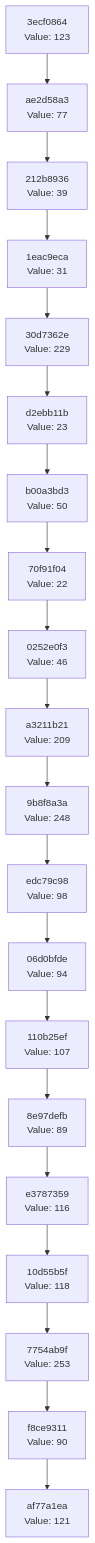
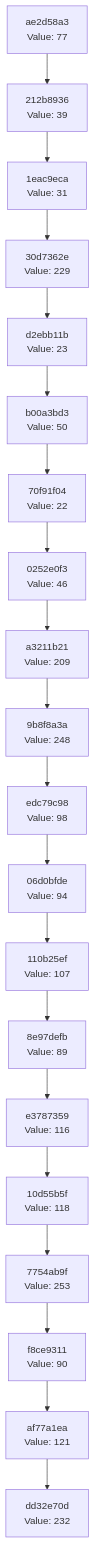
Before and after one commit to Abhisheksinha1506/hash-chain-evolver: the diagram in docs/CHAIN_VISUALIZATION.md, drawn with Mermaid. The commit also changed 3 other files, not shown here.

````diff
--- a/docs/CHAIN_VISUALIZATION.md
+++ b/docs/CHAIN_VISUALIZATION.md
@@ -3,42 +3,42 @@
 ```mermaid
 graph TD
-    C0["af77a1ea<br/>Value: 121"]
-    C1["f8ce9311<br/>Value: 90"]
+    C0["dd32e70d<br/>Value: 232"]
+    C1["af77a1ea<br/>Value: 121"]
     C1 --> C0
-    C2["7754ab9f<br/>Value: 253"]
+    C2["f8ce9311<br/>Value: 90"]
     C2 --> C1
-    C3["10d55b5f<br/>Value: 118"]
+    C3["7754ab9f<br/>Value: 253"]
     C3 --> C2
-    C4["e3787359<br/>Value: 116"]
+    C4["10d55b5f<br/>Value: 118"]
     C4 --> C3
-    C5["8e97defb<br/>Value: 89"]
+    C5["e3787359<br/>Value: 116"]
     C5 --> C4
-    C6["110b25ef<br/>Value: 107"]
+    C6["8e97defb<br/>Value: 89"]
     C6 --> C5
-    C7["06d0bfde<br/>Value: 94"]
+    C7["110b25ef<br/>Value: 107"]
     C7 --> C6
-    C8["edc79c98<br/>Value: 98"]
+    C8["06d0bfde<br/>Value: 94"]
     C8 --> C7
-    C9["9b8f8a3a<br/>Value: 248"]
+    C9["edc79c98<br/>Value: 98"]
     C9 --> C8
-    C10["a3211b21<br/>Value: 209"]
+    C10["9b8f8a3a<br/>Value: 248"]
     C10 --> C9
-    C11["0252e0f3<br/>Value: 46"]
+    C11["a3211b21<br/>Value: 209"]
     C11 --> C10
-    C12["70f91f04<br/>Value: 22"]
+    C12["0252e0f3<br/>Value: 46"]
     C12 --> C11
-    C13["b00a3bd3<br/>Value: 50"]
+    C13["70f91f04<br/>Value: 22"]
     C13 --> C12
-    C14["d2ebb11b<br/>Value: 23"]
+    C14["b00a3bd3<br/>Value: 50"]
     C14 --> C13
-    C15["30d7362e<br/>Value: 229"]
+    C15["d2ebb11b<br/>Value: 23"]
     C15 --> C14
-    C16["1eac9eca<br/>Value: 31"]
+    C16["30d7362e<br/>Value: 229"]
     C16 --> C15
-    C17["212b8936<br/>Value: 39"]
+    C17["1eac9eca<br/>Value: 31"]
     C17 --> C16
-    C18["ae2d58a3<br/>Value: 77"]
+    C18["212b8936<br/>Value: 39"]
     C18 --> C17
-    C19["3ecf0864<br/>Value: 123"]
+    C19["ae2d58a3<br/>Value: 77"]
     C19 --> C18
 ```
````
